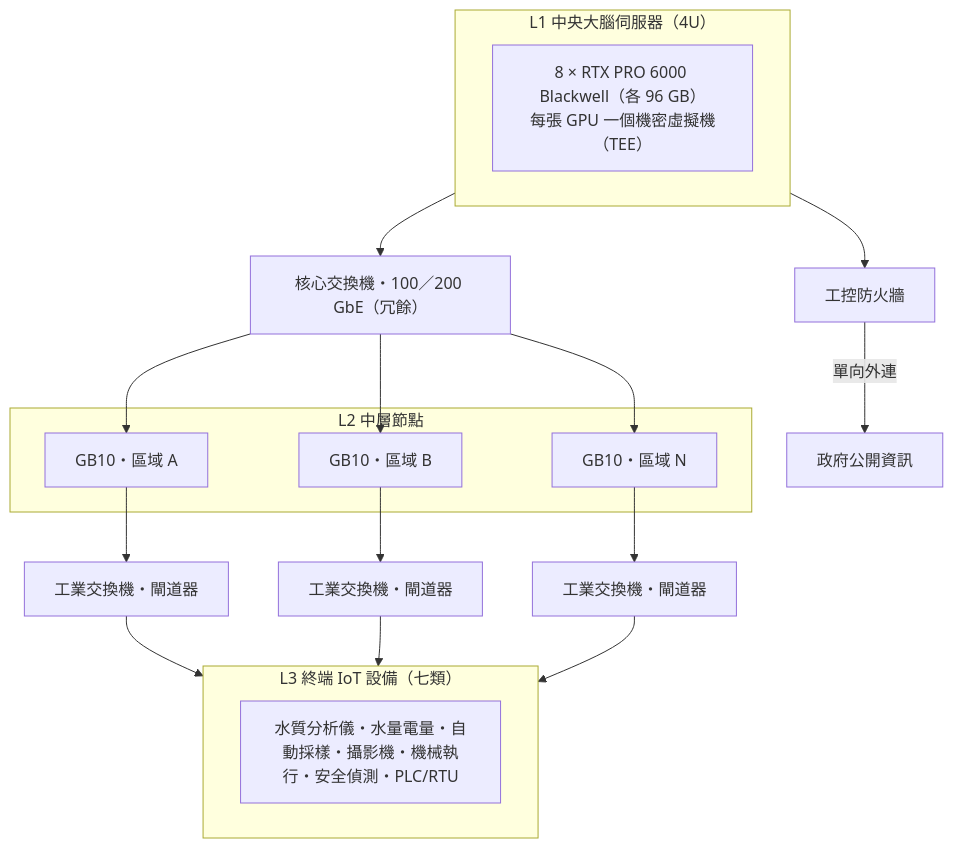
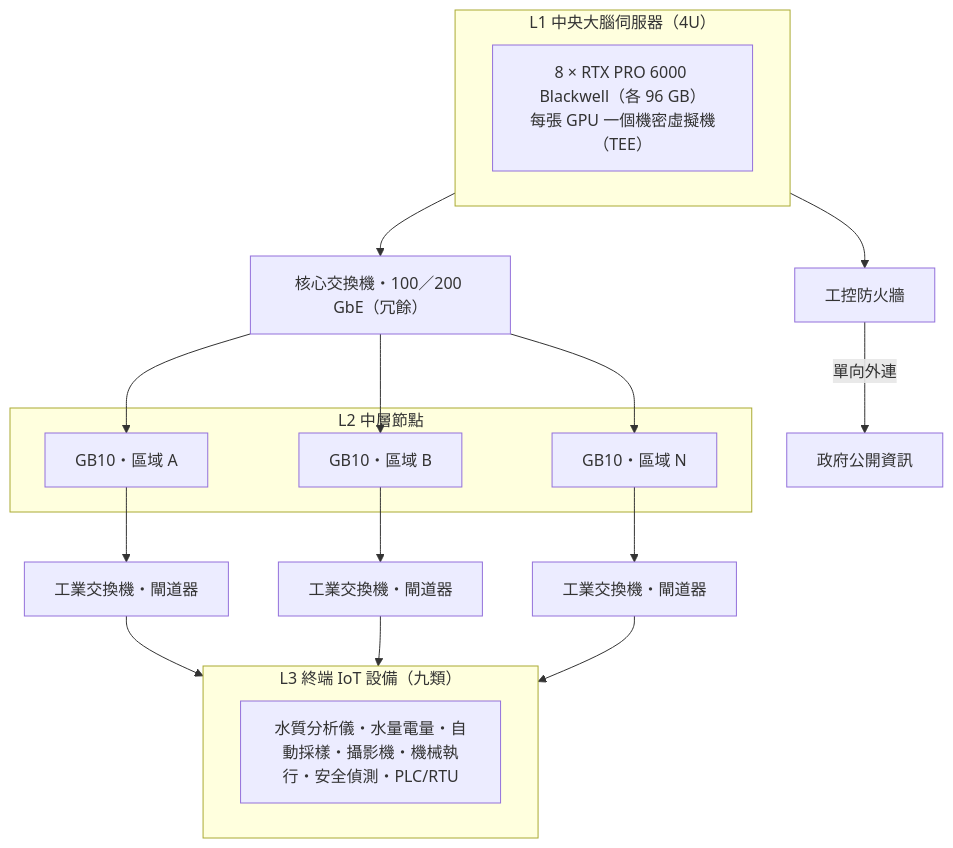
Before and after one commit to CAFECA-IO/WUCA: the diagram in docs/hardware-list.md, drawn with Mermaid. The commit also changed other lines of this file and 1 other file, not shown here.

````diff
--- a/docs/hardware-list.md
+++ b/docs/hardware-list.md
@@ -13,26 +13,26 @@
 ```mermaid
 flowchart TB
     GOV["政府公開資訊"]
     FW["工控防火牆"]
     subgraph L1["L1 中央大腦伺服器（4U）"]
         GPU["8 × RTX PRO 6000 Blackwell（各 96 GB）<br/>每張 GPU 一個機密虛擬機（TEE）"]
     end
     CORE["核心交換機・100／200 GbE（冗餘）"]
     subgraph L2["L2 中層節點"]
         A["GB10・區域 A"]
         B["GB10・區域 B"]
         N["GB10・區域 N"]
     end
     GA["工業交換機・閘道器"]
     GB["工業交換機・閘道器"]
     GN["工業交換機・閘道器"]
-    subgraph L3["L3 終端 IoT 設備（七類）"]
+    subgraph L3["L3 終端 IoT 設備（九類）"]
         D["水質分析儀・水量電量・自動採樣・攝影機・機械執行・安全偵測・PLC/RTU"]
     end
     L1 --> FW -- 單向外連 --> GOV
     L1 --> CORE
     CORE --> A & B & N
     A --> GA --> L3
     B --> GB --> L3
     N --> GN --> L3
 ```
````
